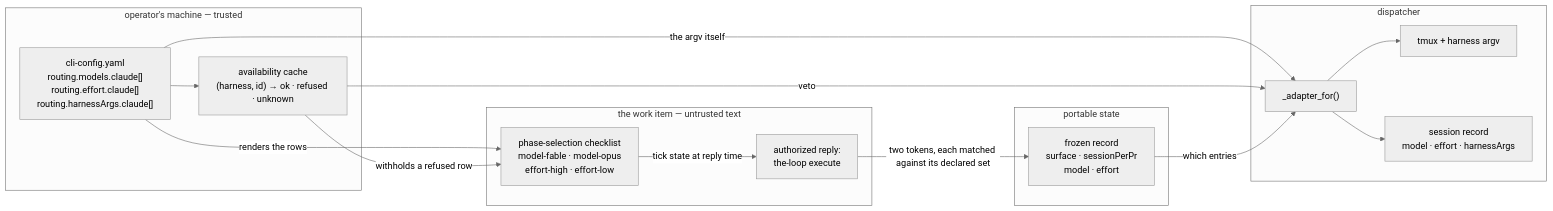
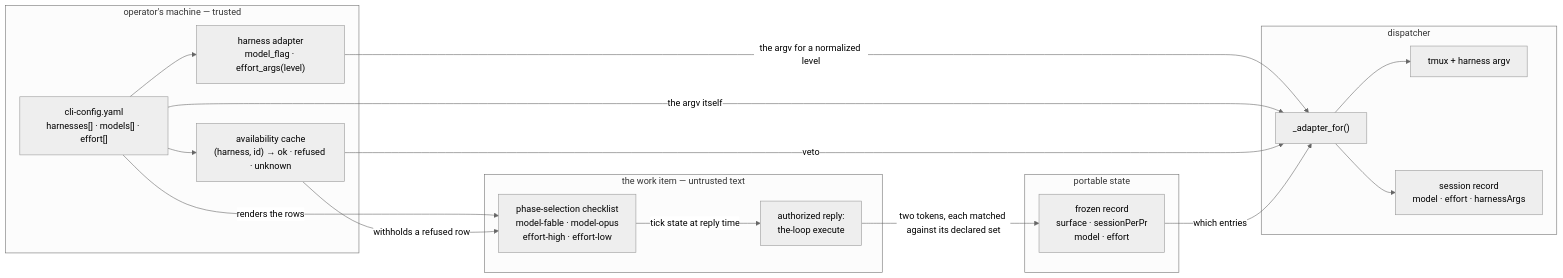
Before and after one commit to MadaraUchiha-314/the-loop: the first of 3 diagrams in docs/specs/issue-358/design.md, drawn with Mermaid (neutral theme). The commit also changed other lines of this file and 2 other files, not shown here.

First line of the commit message:
docs(issue-358): revision 3 — three top-level sections, and the-loop normalizes effort

````diff
--- a/docs/specs/issue-358/design.md
+++ b/docs/specs/issue-358/design.md
@@ -43,29 +45,32 @@
 ```mermaid
 flowchart LR
   subgraph operator["operator's machine — trusted"]
-    cfg["cli-config.yaml<br/>routing.models.claude[]<br/>routing.effort.claude[]<br/>routing.harnessArgs.claude[]"]
+    cfg["cli-config.yaml<br/>harnesses[] · models[] · effort[]"]
+    ad["harness adapter<br/>model_flag · effort_args(level)"]
     probe["availability cache<br/>(harness, id) → ok · refused · unknown"]
   end
   subgraph ticket["the work item — untrusted text"]
     chk["phase-selection checklist<br/>model-fable · model-opus<br/>effort-high · effort-low"]
     rep["authorized reply:<br/>the-loop execute"]
   end
   subgraph state["portable state"]
     frozen["frozen record<br/>surface · sessionPerPr<br/>model · effort"]
   end
   subgraph daemon["dispatcher"]
     res["_adapter_for()"]
     tmux["tmux + harness argv"]
     reg["session record<br/>model · effort · harnessArgs"]
   end
+  cfg --> ad
+  ad -->|"the argv for a normalized level"| res
   cfg --> probe
   cfg -->|"renders the rows"| chk
   probe -->|"withholds a refused row"| chk
   chk -->|"tick state at reply time"| rep
   rep -->|"two tokens, each matched against its declared set"| frozen
   cfg -->|"the argv itself"| res
   probe -->|"veto"| res
   frozen -->|"which entries"| res
   res --> tmux
   res --> reg
 ```
````
